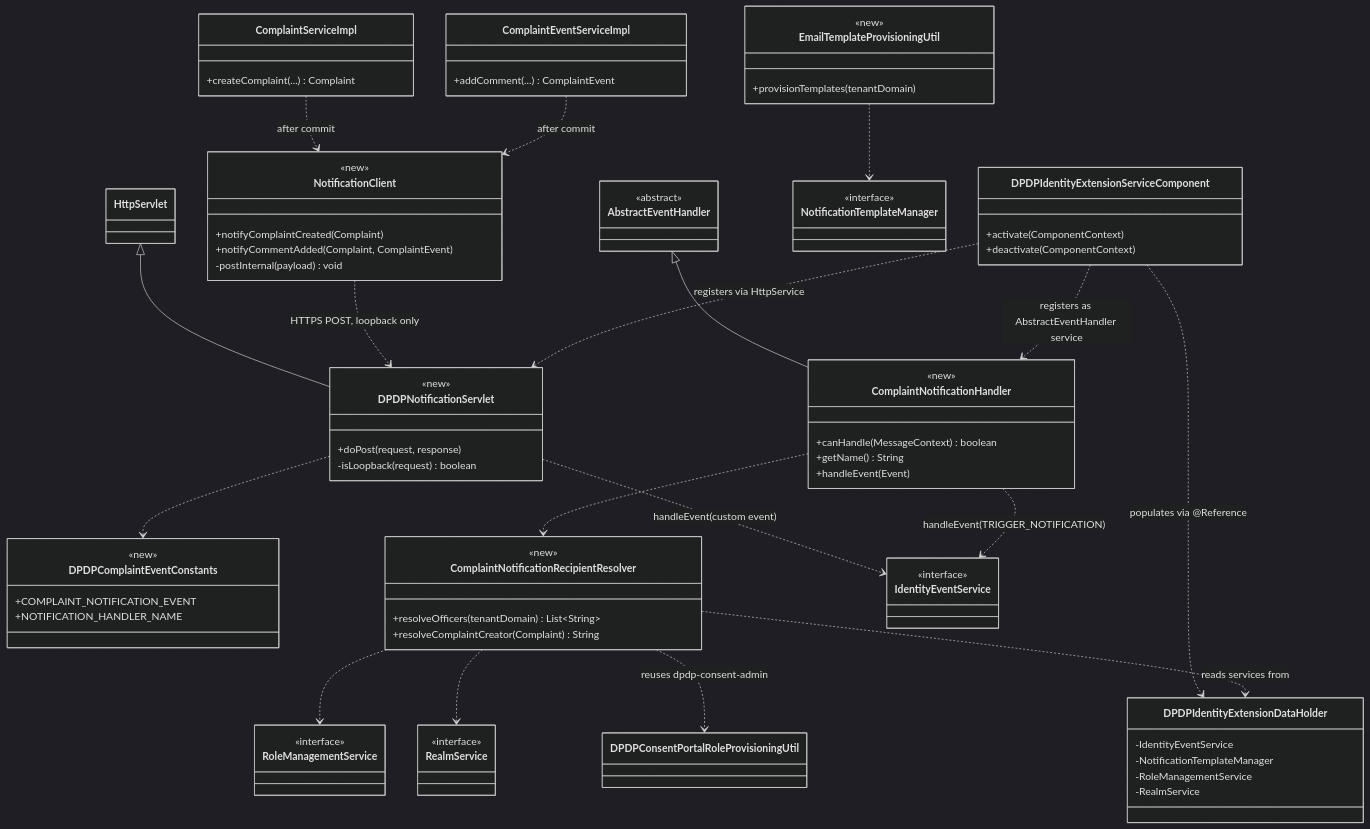
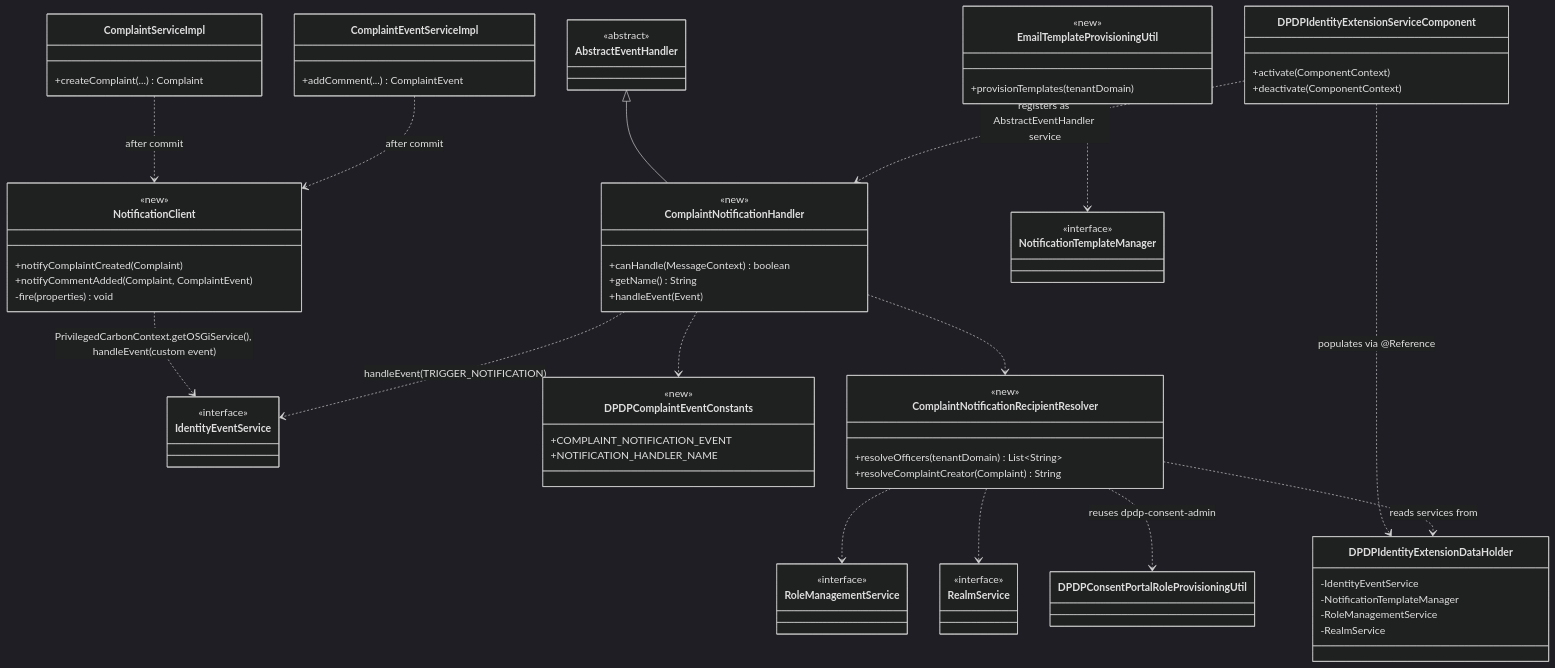
One commit to ParameswaranSajeenthiran/dpdp-accelerator changed the second of 3 diagrams in COMPLAINT-NOTIFICATION-DESIGN.md. Above: the diagram before and after it, drawn with Mermaid (dark theme). The commit also changed other lines of this file and 9 other files, not shown here.

First line of the commit message:
Replace HTTP notification bridge with direct OSGi service lookup

````diff
--- a/COMPLAINT-NOTIFICATION-DESIGN.md
+++ b/COMPLAINT-NOTIFICATION-DESIGN.md
@@ -131,78 +140,69 @@
 ```mermaid
 classDiagram
     class ComplaintServiceImpl {
         +createComplaint(...) Complaint
     }
     class ComplaintEventServiceImpl {
         +addComment(...) ComplaintEvent
     }
     class NotificationClient {
         <<new>>
         +notifyComplaintCreated(Complaint)
         +notifyCommentAdded(Complaint, ComplaintEvent)
-        -postInternal(payload) void
+        -fire(properties) void
     }
     ComplaintServiceImpl ..> NotificationClient : after commit
     ComplaintEventServiceImpl ..> NotificationClient : after commit
-
-    class DPDPNotificationServlet {
-        <<new>>
-        +doPost(request, response)
-        -isLoopback(request) boolean
-    }
-    HttpServlet <|-- DPDPNotificationServlet
-    NotificationClient ..> DPDPNotificationServlet : HTTPS POST, loopback only
+    NotificationClient ..> IdentityEventService : PrivilegedCarbonContext.getOSGiService(), handleEvent(custom event)
 
     class DPDPComplaintEventConstants {
         <<new>>
         +COMPLAINT_NOTIFICATION_EVENT
         +NOTIFICATION_HANDLER_NAME
     }
-    DPDPNotificationServlet ..> DPDPComplaintEventConstants
 
     class ComplaintNotificationRecipientResolver {
         <<new>>
         +resolveOfficers(tenantDomain) List~String~
         +resolveComplaintCreator(Complaint) String
     }
     class ComplaintNotificationHandler {
         <<new>>
         +canHandle(MessageContext) boolean
         +getName() String
         +handleEvent(Event)
     }
     AbstractEventHandler <|-- ComplaintNotificationHandler
-    DPDPNotificationServlet ..> IdentityEventService : handleEvent(custom event)
+    ComplaintNotificationHandler ..> DPDPComplaintEventConstants
     ComplaintNotificationHandler ..> ComplaintNotificationRecipientResolver
     ComplaintNotificationHandler ..> IdentityEventService : handleEvent(TRIGGER_NOTIFICATION)
     ComplaintNotificationRecipientResolver ..> RoleManagementService
     ComplaintNotificationRecipientResolver ..> RealmService
     ComplaintNotificationRecipientResolver ..> DPDPConsentPortalRoleProvisioningUtil : reuses dpdp-consent-admin
 
     class EmailTemplateProvisioningUtil {
         <<new>>
         +provisionTemplates(tenantDomain)
     }
     EmailTemplateProvisioningUtil ..> NotificationTemplateManager
 
     class DPDPIdentityExtensionDataHolder {
         -IdentityEventService
         -NotificationTemplateManager
         -RoleManagementService
         -RealmService
     }
     class DPDPIdentityExtensionServiceComponent {
         +activate(ComponentContext)
         +deactivate(ComponentContext)
     }
     DPDPIdentityExtensionServiceComponent ..> DPDPIdentityExtensionDataHolder : populates via @Reference
     DPDPIdentityExtensionServiceComponent ..> ComplaintNotificationHandler : registers as AbstractEventHandler service
-    DPDPIdentityExtensionServiceComponent ..> DPDPNotificationServlet : registers via HttpService
     ComplaintNotificationRecipientResolver ..> DPDPIdentityExtensionDataHolder : reads services from
 
     class IdentityEventService { <<interface>> }
     class RoleManagementService { <<interface>> }
     class RealmService { <<interface>> }
     class NotificationTemplateManager { <<interface>> }
     class AbstractEventHandler { <<abstract>> }
 ```
````
